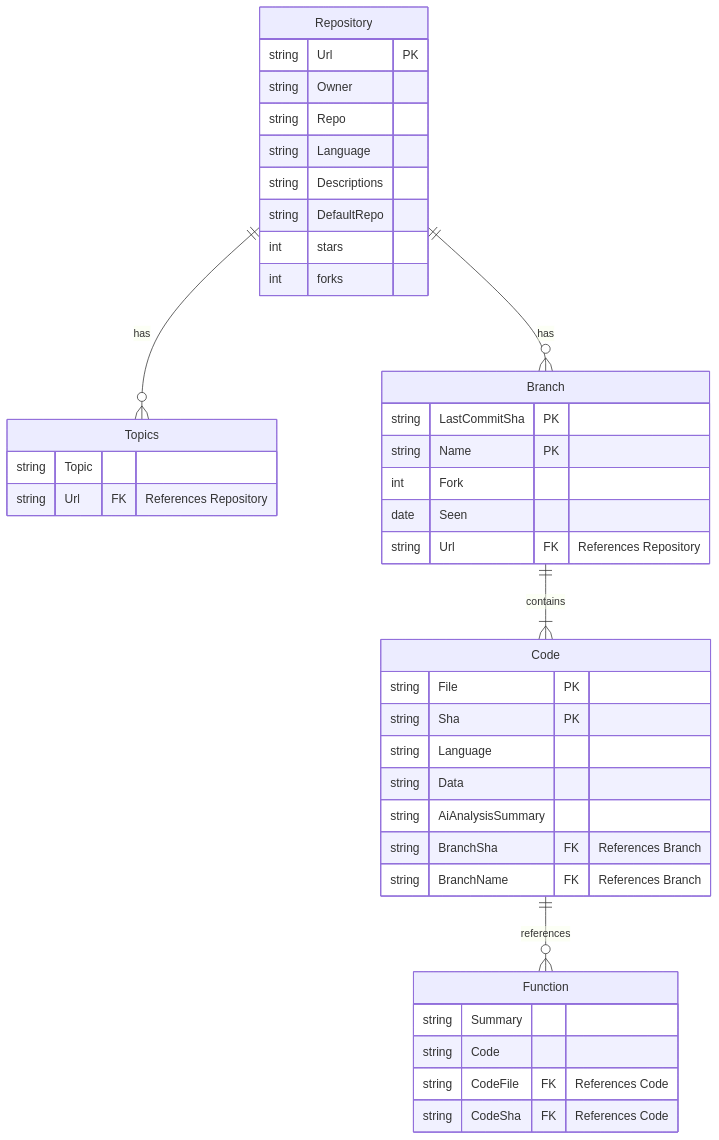
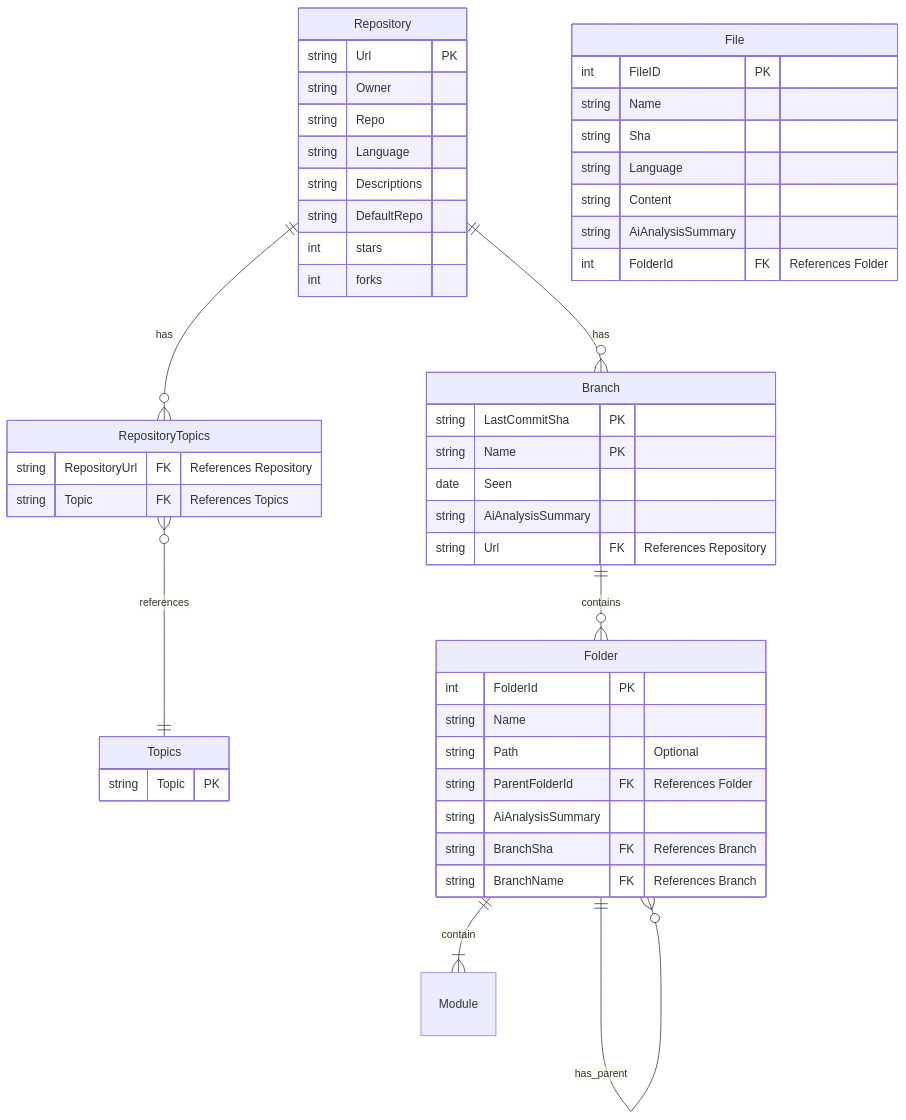
The diagram in docs/README.md (daeisbae/open-repo-wiki), drawn with Mermaid before and after one commit.

Commit message:
Change in database attributes (#6)

````diff
--- a/docs/README.md
+++ b/docs/README.md
@@ -243,48 +243,57 @@
 ```mermaid
 erDiagram
     Repository {
         string Url PK
         string Owner
         string Repo
         string Language
         string Descriptions
         string DefaultRepo
         int stars
         int forks
     }
-    
+
     Topics {
-		    string Topic
-		    string Url FK "References Repository"
+        string Topic PK
     }
-    
+
+    RepositoryTopics {
+	    string RepositoryUrl FK "References Repository"
+	    string Topic FK "References Topics"
+    }
+
     Branch {
         string LastCommitSha PK
         string Name PK
-        int Fork
-	      date Seen
+        date Seen
+        string AiAnalysisSummary
         string Url FK "References Repository"
     }
-    
-    Code {
-        string File PK
-        string Sha PK
-        string Language
-        string Data
+
+    Folder {
+        int FolderId PK
+        string Name
+        string Path "Optional"
+        string ParentFolderId FK "References Folder"
         string AiAnalysisSummary
         string BranchSha FK "References Branch"
         string BranchName FK "References Branch"
     }
-    
-    Function {
-        string Summary
-        string Code
-        string CodeFile FK "References Code"
-        string CodeSha FK "References Code"
+
+    File {
+		int FileID PK
+        string Name
+        string Sha
+        string Language
+        string Content
+        string AiAnalysisSummary
+        int FolderId FK "References Folder"
     }
 
     Repository ||--o{ Branch : has
-    Repository ||--o{ Topics : has
-    Branch ||--|{ Code : contains
-    Code ||--o{ Function : references
+    Repository ||--o{ RepositoryTopics : has
+    RepositoryTopics }o--|| Topics : references
+    Branch ||--o{ Folder : contains
+    Folder ||--o{ Folder : has_parent
+    Folder ||--|{ Module : contain
 ```
````
